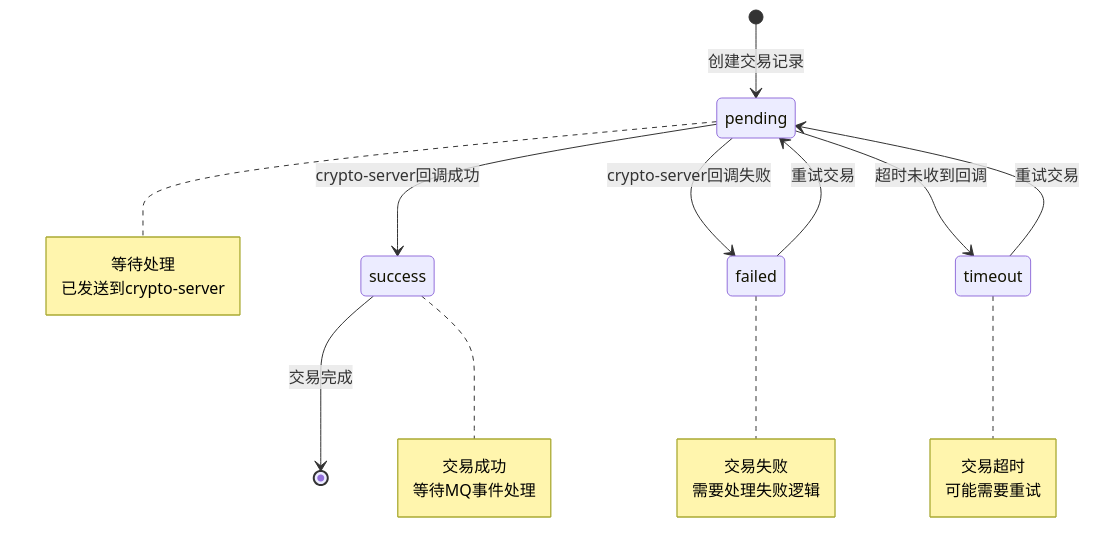
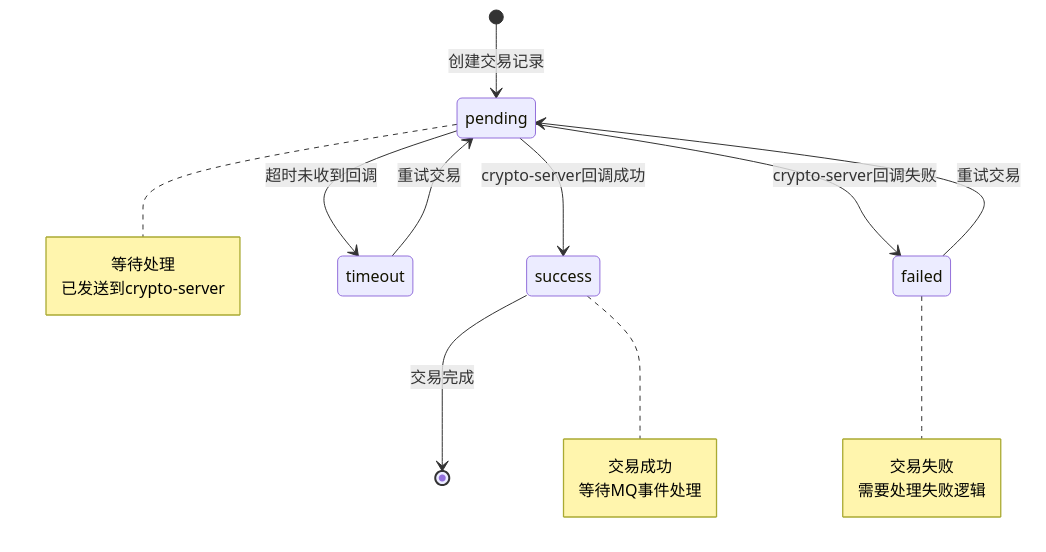
The diagram in all/未命名-77.md (yingjianzh/iodraw-files), drawn with Mermaid before and after one commit.

Commit message:
2025-07-08 11:22:12 update

````diff
--- a/all/未命名-77.md
+++ b/all/未命名-77.md
@@ -1,32 +1,29 @@
 ```mermaid
 stateDiagram-v2
     [*] --> pending: 创建交易记录
     pending --> success: crypto-server回调成功
     pending --> failed: crypto-server回调失败
     pending --> timeout: 超时未收到回调
     
     failed --> pending: 重试交易
     timeout --> pending: 重试交易
     
     success --> [*]: 交易完成
     
     note right of pending
         等待处理
         已发送到crypto-server
     end note
     
     note right of success
         交易成功
         等待MQ事件处理
     end note
     
     note right of failed
         交易失败
         需要处理失败逻辑
     end note
     
-    note right of timeout
-        交易超时
-        可能需要重试
-    end note
+   
 ```
````
